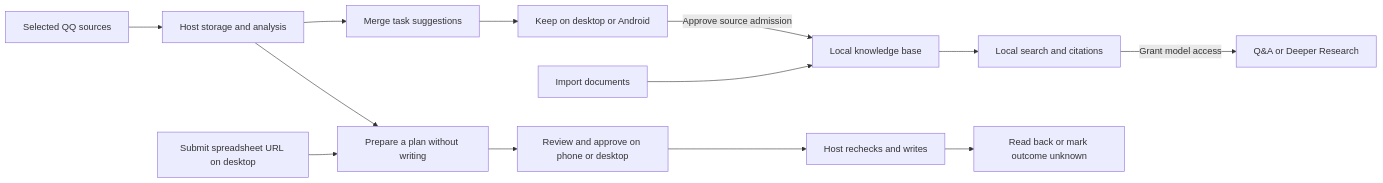
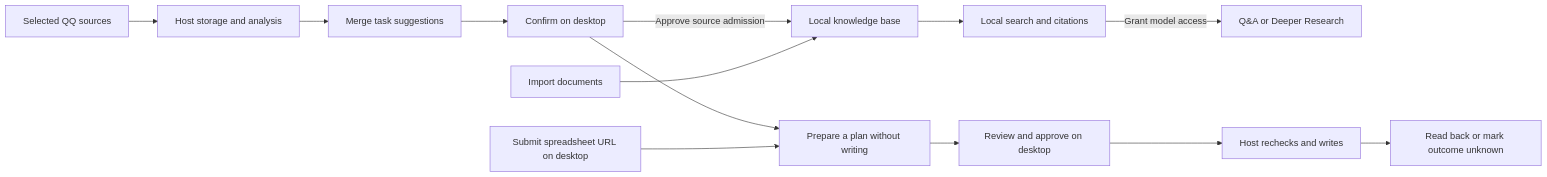
The diagram in README_EN.md (luojie286/Campus_Desk), drawn with Mermaid before and after one commit. The commit also changed other lines of this file and 15 other files, not shown here.

````diff
--- a/README_EN.md
+++ b/README_EN.md
@@ -111,15 +117,15 @@
 ```mermaid
 flowchart LR
     Q[Selected QQ sources] --> H[Host storage and analysis]
     H --> T[Merge task suggestions]
-    T --> K[Keep on desktop or Android]
+    T --> K[Confirm on desktop]
     K -->|Approve source admission| L[Local knowledge base]
     D[Import documents] --> L
     L --> R[Local search and citations]
     R -->|Grant model access| S[Q&A or Deeper Research]
-    H --> P[Prepare a plan without writing]
+    K --> P[Prepare a plan without writing]
     M[Submit spreadsheet URL on desktop] --> P
-    P --> A[Review and approve on phone or desktop]
+    P --> A[Review and approve on desktop]
     A --> W[Host rechecks and writes]
     W --> V[Read back or mark outcome unknown]
 ```
````
